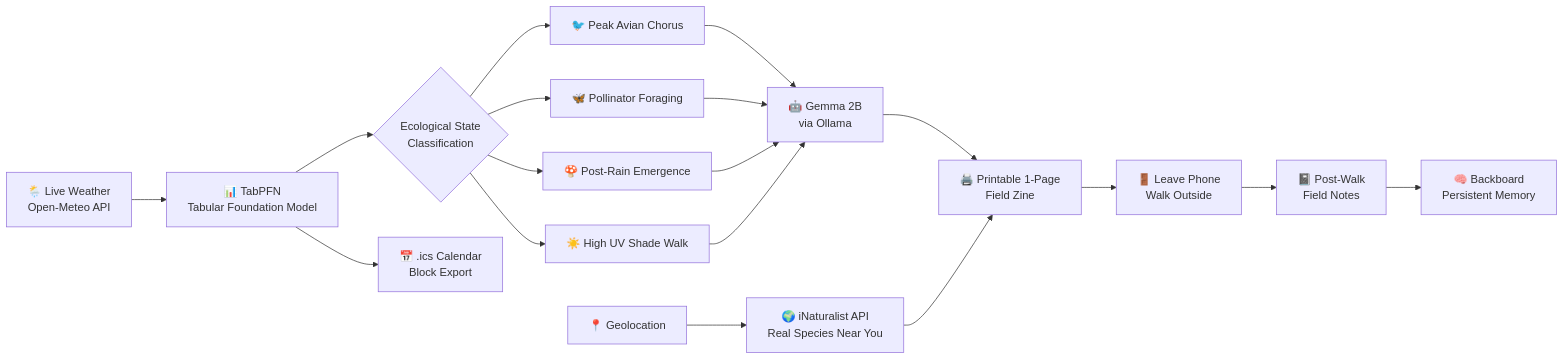
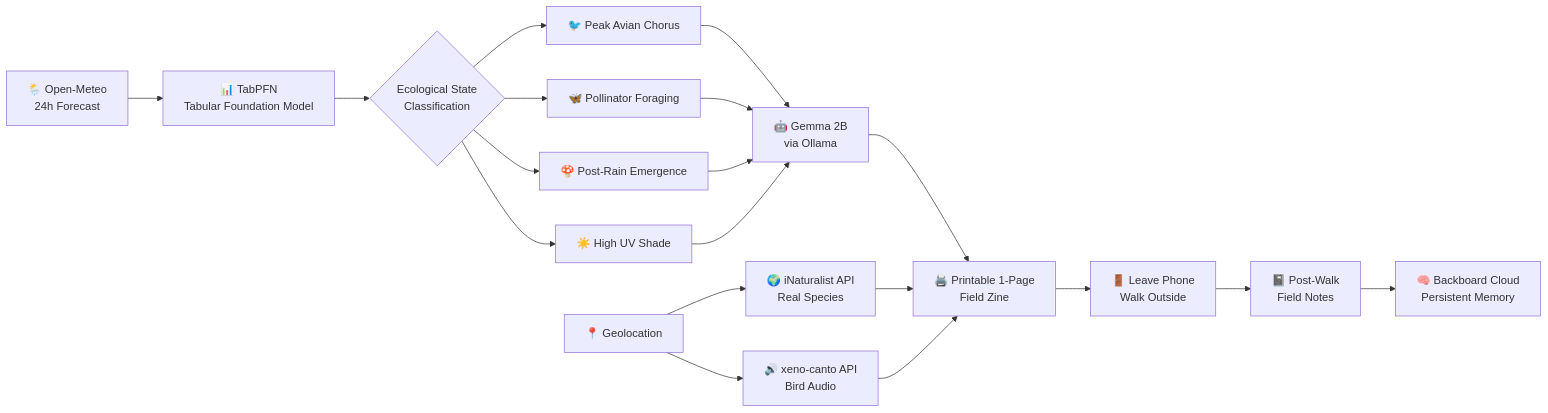
One commit to SunkariManwithaGopal/fieldcast-touch-grass changed the diagram in README.md. Above: the diagram before and after it, drawn with Mermaid. The commit also changed other lines of this file and 5 other files, not shown here.

````diff
--- a/README.md
+++ b/README.md
@@ -28,17 +30,17 @@
 ```mermaid
 graph LR
-    A[🌦️ Live Weather<br/>Open-Meteo API] --> B[📊 TabPFN<br/>Tabular Foundation Model]
+    A[🌦️ Open-Meteo<br/>24h Forecast] --> B[📊 TabPFN<br/>Tabular Foundation Model]
     B --> C{Ecological State<br/>Classification}
     C --> D[🐦 Peak Avian Chorus]
     C --> E[🦋 Pollinator Foraging]
     C --> F[🍄 Post-Rain Emergence]
-    C --> G[☀️ High UV Shade Walk]
+    C --> G[☀️ High UV Shade]
     D & E & F & G --> H[🤖 Gemma 2B<br/>via Ollama]
     H --> I[🖨️ Printable 1-Page<br/>Field Zine]
     I --> J[🚪 Leave Phone<br/>Walk Outside]
     J --> K[📓 Post-Walk<br/>Field Notes]
-    K --> L[🧠 Backboard<br/>Persistent Memory]
-    A2[📍 Geolocation] --> M[🌍 iNaturalist API<br/>Real Species Near You]
-    M --> I
-    B --> N[📅 .ics Calendar<br/>Block Export]
+    K --> L[🧠 Backboard Cloud<br/>Persistent Memory]
+    A2[📍 Geolocation] --> M[🌍 iNaturalist API<br/>Real Species]
+    A2 --> N[🔊 xeno-canto API<br/>Bird Audio]
+    M & N --> I
 ```
````
